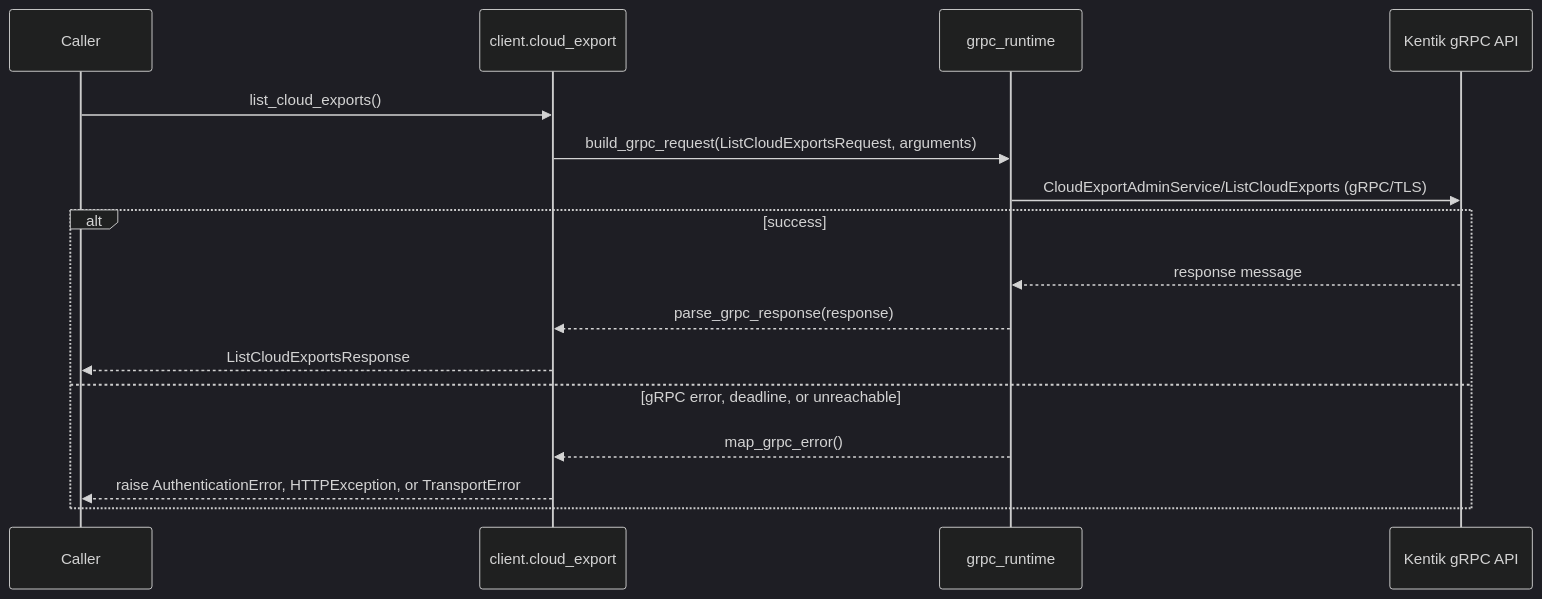
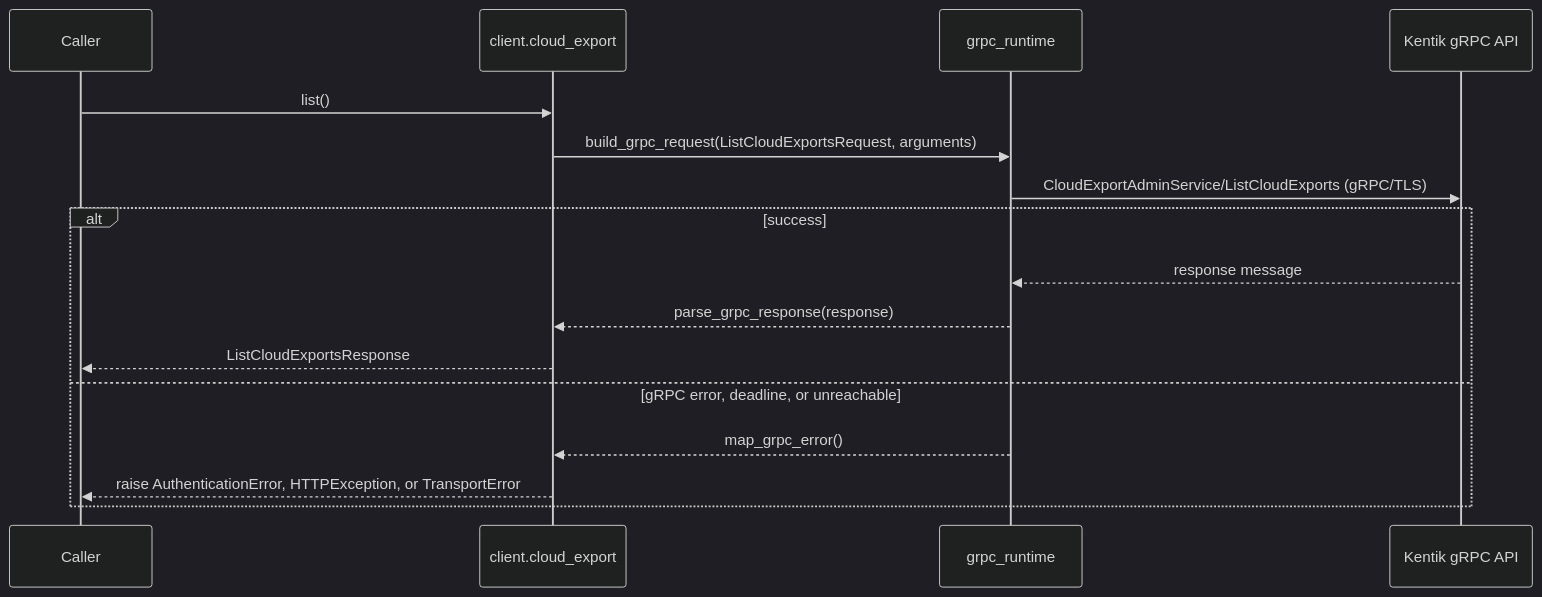
The third of 12 diagrams in docs/sphinx/services/cloud_export.md (alexdearaujo/community_sdk_python), drawn with Mermaid (dark theme) before and after one commit. The commit also changed other lines of this file and 119 other files, not shown here.

````diff
--- a/docs/sphinx/services/cloud_export.md
+++ b/docs/sphinx/services/cloud_export.md
@@ -59,19 +59,19 @@
 ```mermaid
 sequenceDiagram
     participant C as Caller
     participant W as client.cloud_export
     participant R as grpc_runtime
     participant API as Kentik gRPC API
 
-    C->>W: list_cloud_exports()
+    C->>W: list()
     W->>R: build_grpc_request(ListCloudExportsRequest, arguments)
     R->>API: CloudExportAdminService/ListCloudExports (gRPC/TLS)
     alt success
         API-->>R: response message
         R-->>W: parse_grpc_response(response)
         W-->>C: ListCloudExportsResponse
     else gRPC error, deadline, or unreachable
         R-->>W: map_grpc_error()
         W-->>C: raise AuthenticationError, HTTPException, or TransportError
     end
 ```
````
